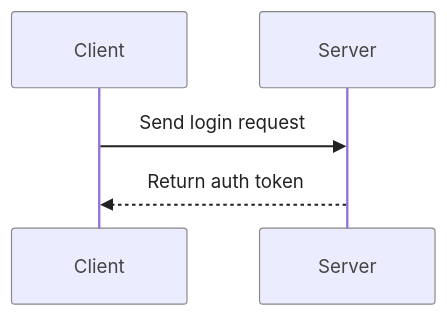
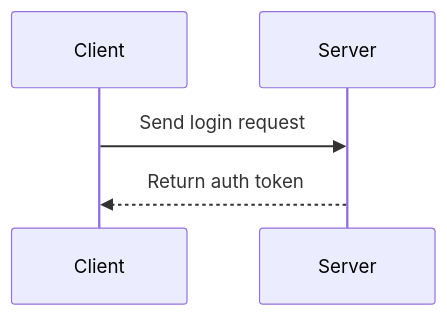
One commit to cassmastern/lers-sandbox changed the first of 2 diagrams in docs/_sec_sandbox/z_taxi.md. Above: the diagram before and after it, drawn with Mermaid. The commit also changed other lines of this file and 13 other files, not shown here.

````diff
--- a/docs/_sec_sandbox/z_taxi.md
+++ b/docs/_sec_sandbox/z_taxi.md
@@ -6,21 +5,7 @@
 ```mermaid
-%%{init: {
-  "theme": "default",
-  "themeVariables": {
-    "actorTextColor": "#444",
-    "actorBorder": "#888",
-    "sequenceArrowStroke": "#888",
-    "sequenceArrowFill": "#888",
-    "textColor": "#222"
-  },
-  "accessibility": {
-    "title": "User Login Flow",
-    "description": "Sequence diagram showing user login interaction between client and server"
-  }
-}}%%
 sequenceDiagram
   participant Client
   participant Server
   Client->>Server: Send login request
   Server-->>Client: Return auth token
 ```
````
